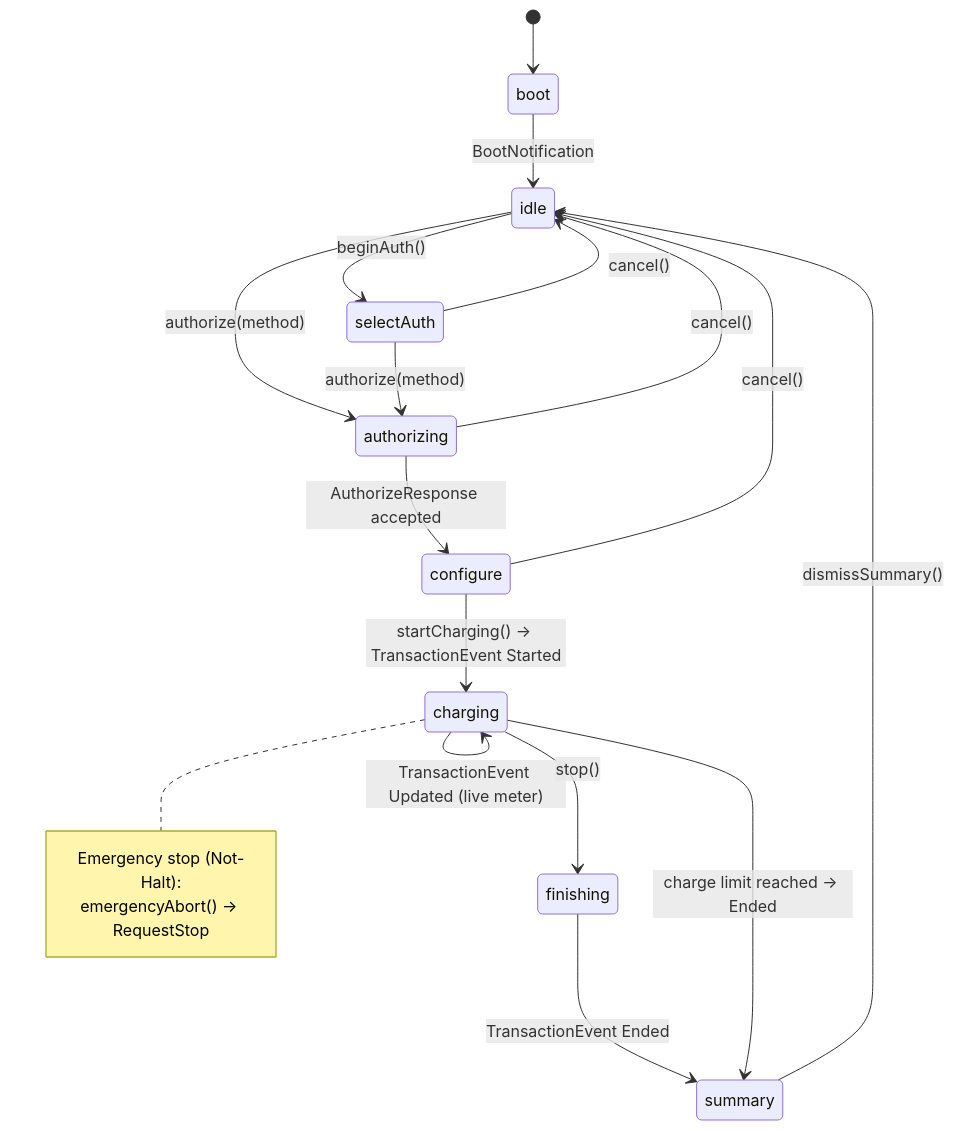
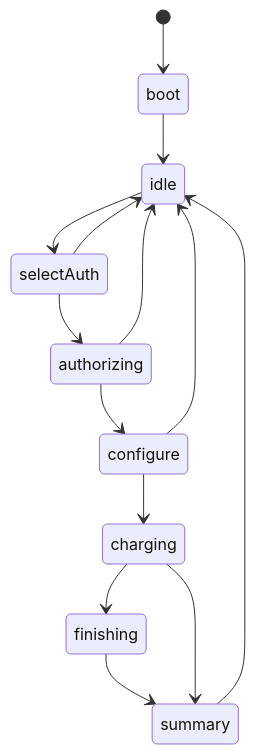
Before and after one commit to FlorianBohrer/charger-interface-demo: the second of 3 diagrams in README.md, drawn with Mermaid. The commit also changed other lines of this file, not shown here.

````diff
--- a/README.md
+++ b/README.md
@@ -53,24 +94,16 @@
 ```mermaid
 stateDiagram-v2
     [*] --> boot
-    boot --> idle: BootNotification
-    idle --> selectAuth: beginAuth()
-    idle --> authorizing: authorize(method)
-    selectAuth --> authorizing: authorize(method)
-    authorizing --> configure: AuthorizeResponse accepted
-    configure --> charging: startCharging() → TransactionEvent Started
-    charging --> charging: TransactionEvent Updated (live meter)
-    charging --> finishing: stop()
-    finishing --> summary: TransactionEvent Ended
-    charging --> summary: charge limit reached → Ended
-    summary --> idle: dismissSummary()
-
-    selectAuth --> idle: cancel()
-    authorizing --> idle: cancel()
-    configure --> idle: cancel()
-
-    note right of charging
-        Emergency stop (Not-Halt):
-        emergencyAbort() → RequestStop
-    end note
+    boot --> idle
+    idle --> selectAuth
+    selectAuth --> authorizing
+    authorizing --> configure
+    configure --> charging
+    charging --> finishing
+    finishing --> summary
+    summary --> idle
+    charging --> summary
+    selectAuth --> idle
+    authorizing --> idle
+    configure --> idle
 ```
````
